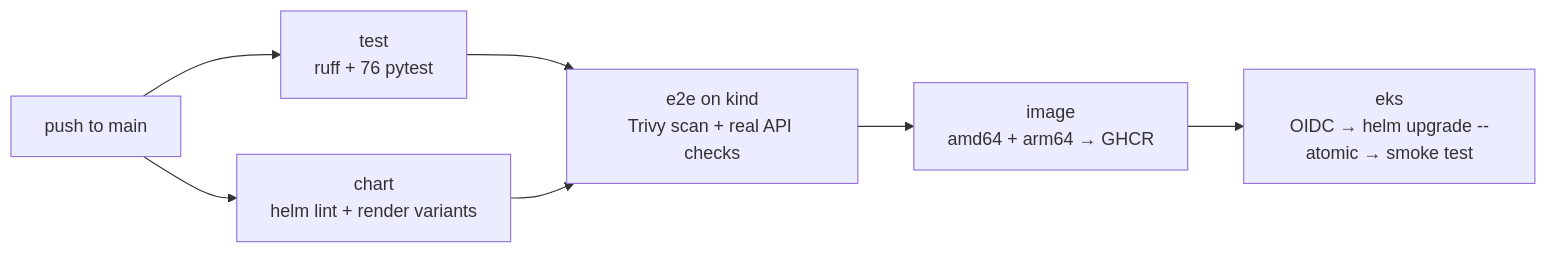
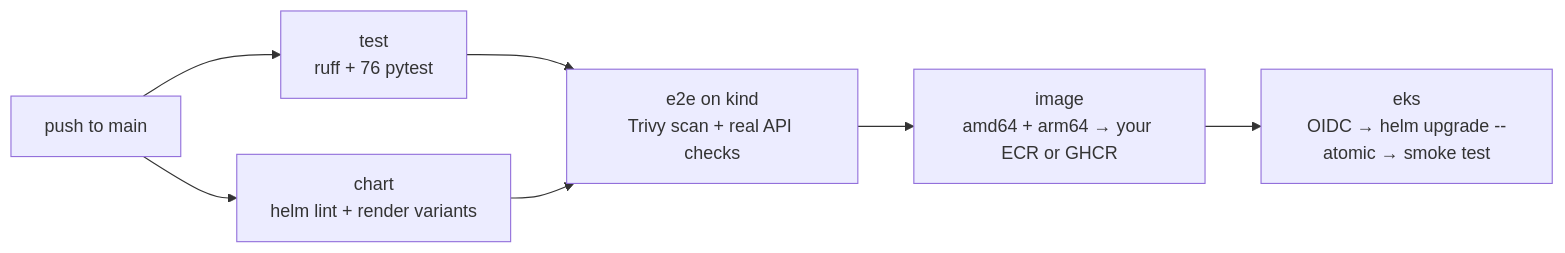
The second of 2 diagrams in README.md (daniloiskilo84/eks-healthcheck), drawn with Mermaid before and after one commit. The commit also changed other lines of this file and 12 other files, not shown here.

````diff
--- a/README.md
+++ b/README.md
@@ -84,8 +86,8 @@
 ```mermaid
 flowchart LR
     P[push to main] --> T[test<br/>ruff + 76 pytest]
     P --> C[chart<br/>helm lint + render variants]
     T & C --> E[e2e on kind<br/>Trivy scan + real API checks]
-    E --> I[image<br/>amd64 + arm64 → GHCR]
+    E --> I[image<br/>amd64 + arm64 → your ECR or GHCR]
     I --> D[eks<br/>OIDC → helm upgrade --atomic → smoke test]
 ```
````
